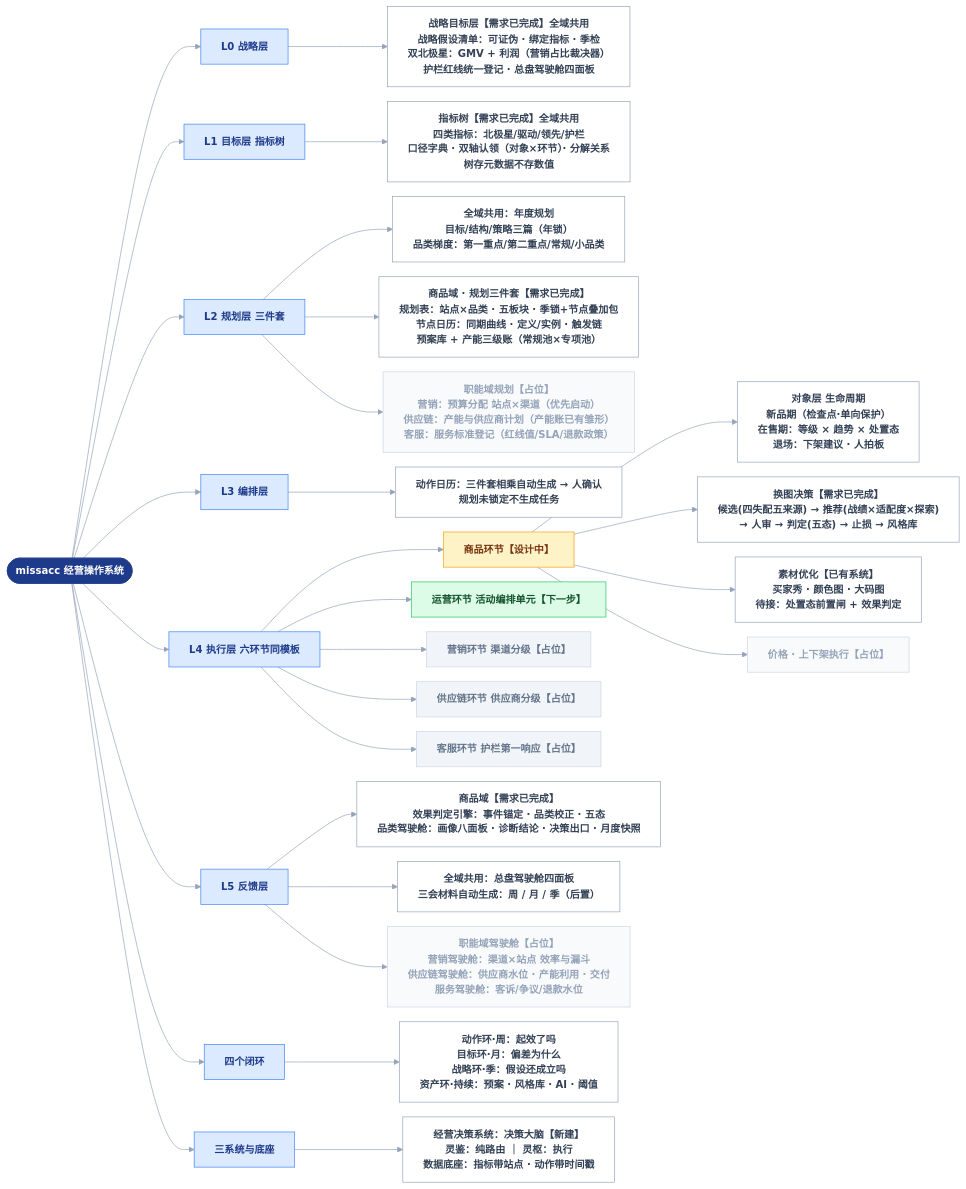
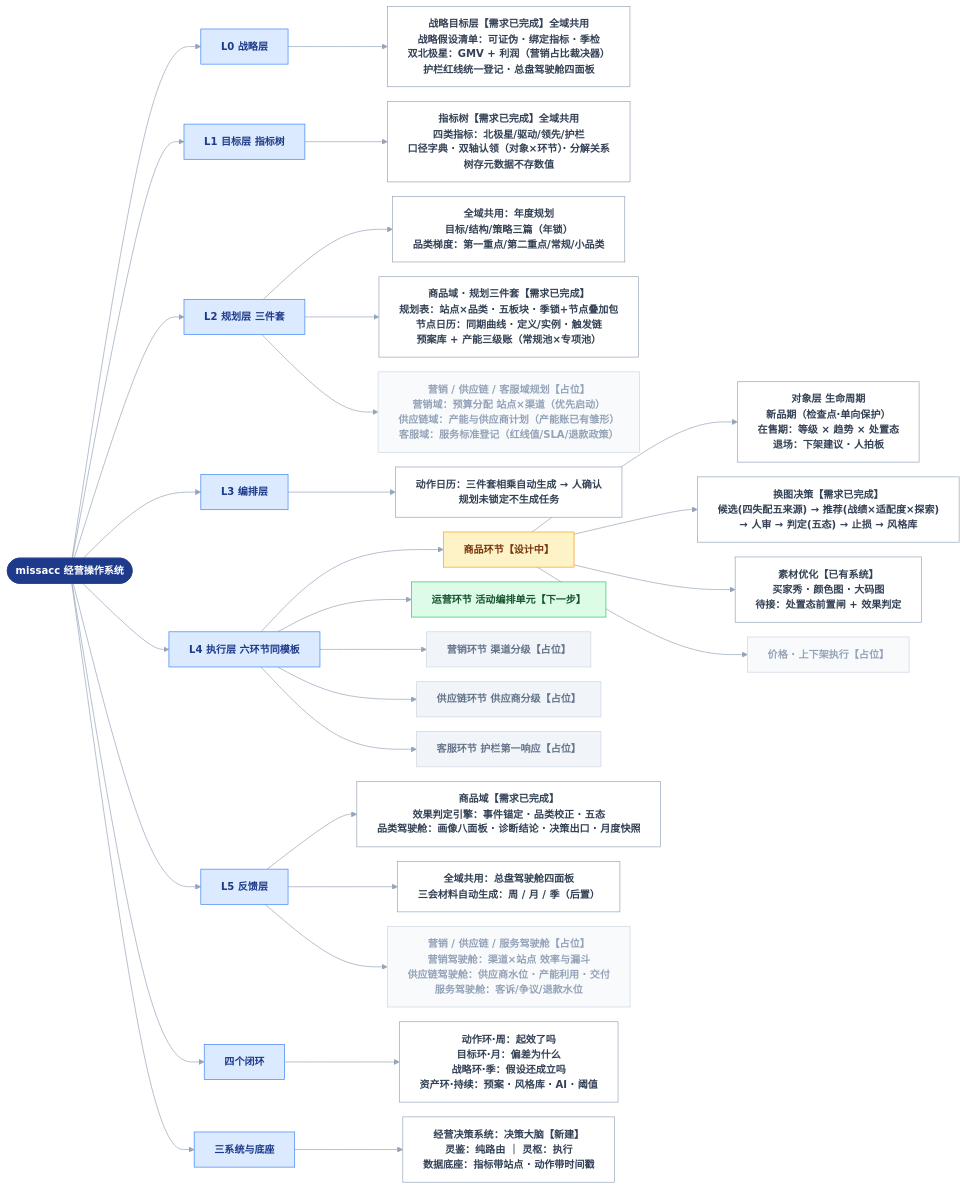
Before and after one commit to devlee/ma: the diagram in docs/系统结构总览.md, drawn with Mermaid. The commit also changed other lines of this file, not shown here.

Commit message:
总览：修正职能域用词——商品与营销/供应链/客服并列为四域，占位叶不再以职能域统称另外三域

```diff
--- a/docs/系统结构总览.md
+++ b/docs/系统结构总览.md
@@ -38,10 +38,10 @@
 规划表：站点×品类 · 五板块 · 季锁+节点叠加包
 节点日历：同期曲线 · 定义/实例 · 触发链
 预案库 + 产能三级账（常规池×专项池）"]:::leaf
-  L2 --> L2F["职能域规划【占位】
-营销：预算分配 站点×渠道（优先启动）
-供应链：产能与供应商计划（产能账已有雏形）
-客服：服务标准登记（红线值/SLA/退款政策）"]:::dimleaf
+  L2 --> L2F["营销 / 供应链 / 客服域规划【占位】
+营销域：预算分配 站点×渠道（优先启动）
+供应链域：产能与供应商计划（产能账已有雏形）
+客服域：服务标准登记（红线值/SLA/退款政策）"]:::dimleaf
 
   L3 --> L3C["动作日历：三件套相乘自动生成 → 人确认
 规划未锁定不生成任务"]:::leaf
@@ -69,7 +69,7 @@
 品类驾驶舱：画像八面板 · 诊断结论 · 决策出口 · 月度快照"]:::leaf
   L5 --> L5G["全域共用：总盘驾驶舱四面板
 三会材料自动生成：周 / 月 / 季（后置）"]:::leaf
-  L5 --> L5F["职能域驾驶舱【占位】
+  L5 --> L5F["营销 / 供应链 / 服务驾驶舱【占位】
 营销驾驶舱：渠道×站点 效率与漏斗
 供应链驾驶舱：供应商水位 · 产能利用 · 交付
 服务驾驶舱：客诉/争议/退款水位"]:::dimleaf
```
